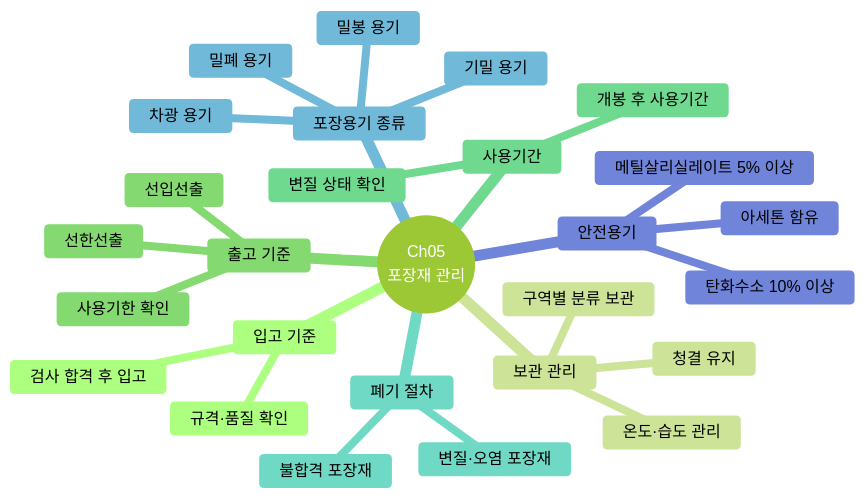
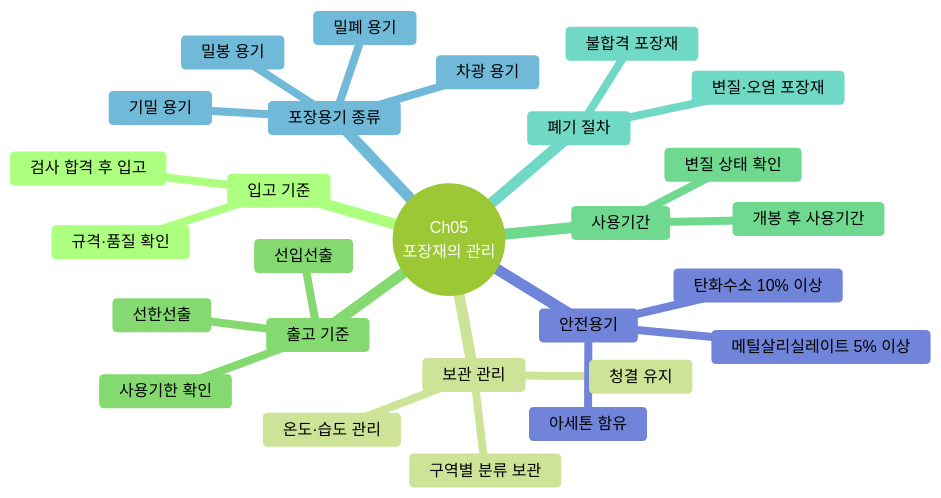
Before and after one commit to skygoldlee-cyber/Personalized_Skincare: diagram 14 of 19 in content/교재/safety/3과목_유통화장품안전관리_이야기형.md, drawn with Mermaid (forest theme). The commit also changed other lines of this file and 20 other files, not shown here.

````diff
--- a/content/교재/safety/3과목_유통화장품안전관리_이야기형.md
+++ b/content/교재/safety/3과목_유통화장품안전관리_이야기형.md
@@ -3005,30 +3008,30 @@
 ```mermaid
 mindmap
- root((Ch05<br/>포장재 관리))
+ root((Ch05<br/>포장재의 관리))
   입고 기준
    규격·품질 확인
    검사 합격 후 입고
   보관 관리
    온도·습도 관리
    청결 유지
    구역별 분류 보관
   출고 기준
    선입선출
    선한선출
    사용기한 확인
   사용기간
    개봉 후 사용기간
    변질 상태 확인
   폐기 절차
    불합격 포장재
    변질·오염 포장재
   포장용기 종류
    밀폐 용기
    기밀 용기
    밀봉 용기
    차광 용기
   안전용기
    아세톤 함유
    탄화수소 10% 이상
    메틸살리실레이트 5% 이상
 ```
````
